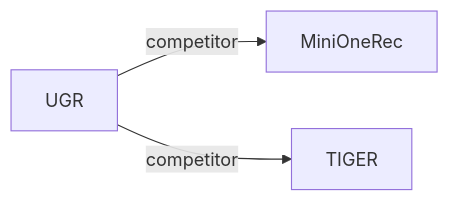
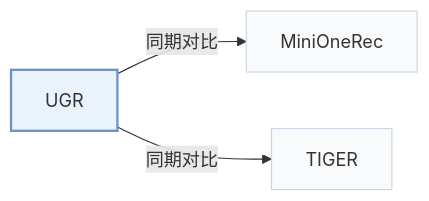
The second of 2 diagrams in pages/zh/papers/ugr.md (Galaxy-ghost/Awesome-SID-Generative-Rec), drawn with Mermaid before and after one commit. The commit also changed other lines of this file and 649 other files, not shown here.

Commit message:
writer-05: also tags and modality index (schema, check, build, visuals); summary field removed; calibration data for 12 papers

````diff
--- a/pages/zh/papers/ugr.md
+++ b/pages/zh/papers/ugr.md
@@ -67,6 +74,10 @@
 ```mermaid
 flowchart LR
     P["UGR"]
-    P -->|competitor| A["MiniOneRec"]
-    P -->|competitor| B["TIGER"]
+    P -->|"同期对比"| A["MiniOneRec"]
+    P -->|"同期对比"| B["TIGER"]
+    classDef main fill:#eaf2fb,stroke:#6b8fc7,stroke-width:2px
+    classDef peer fill:#f8fafc,stroke:#cbd5e1
+    class P main
+    class A,B peer
 ```
````
